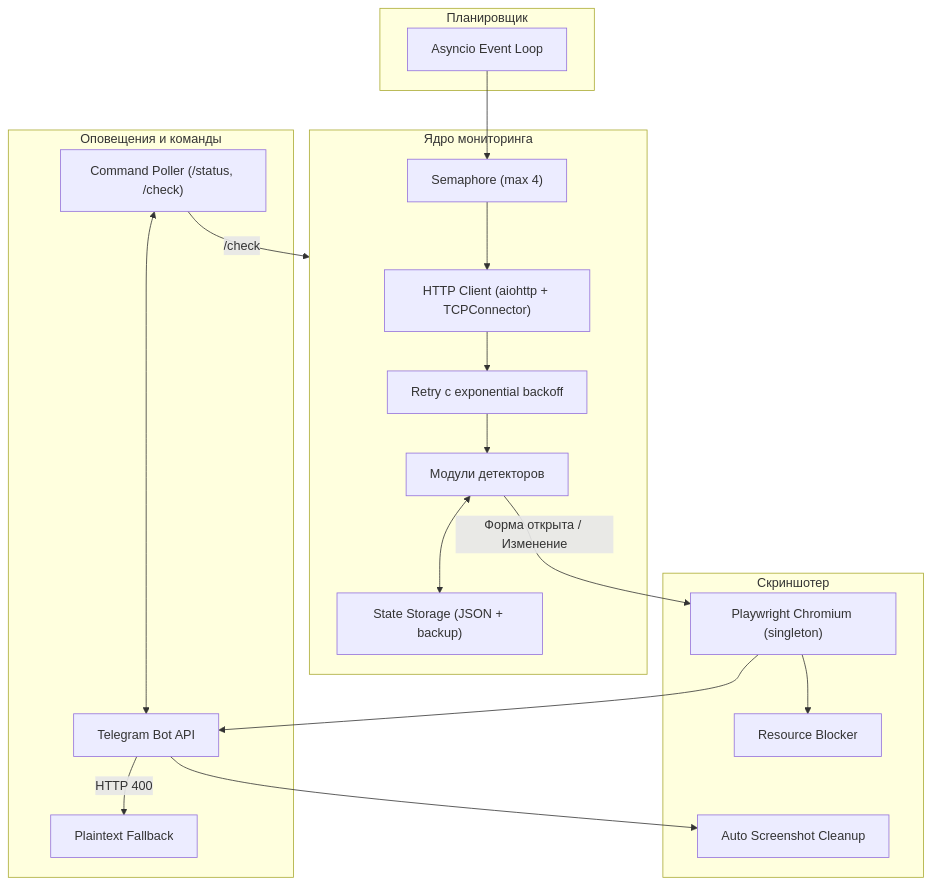
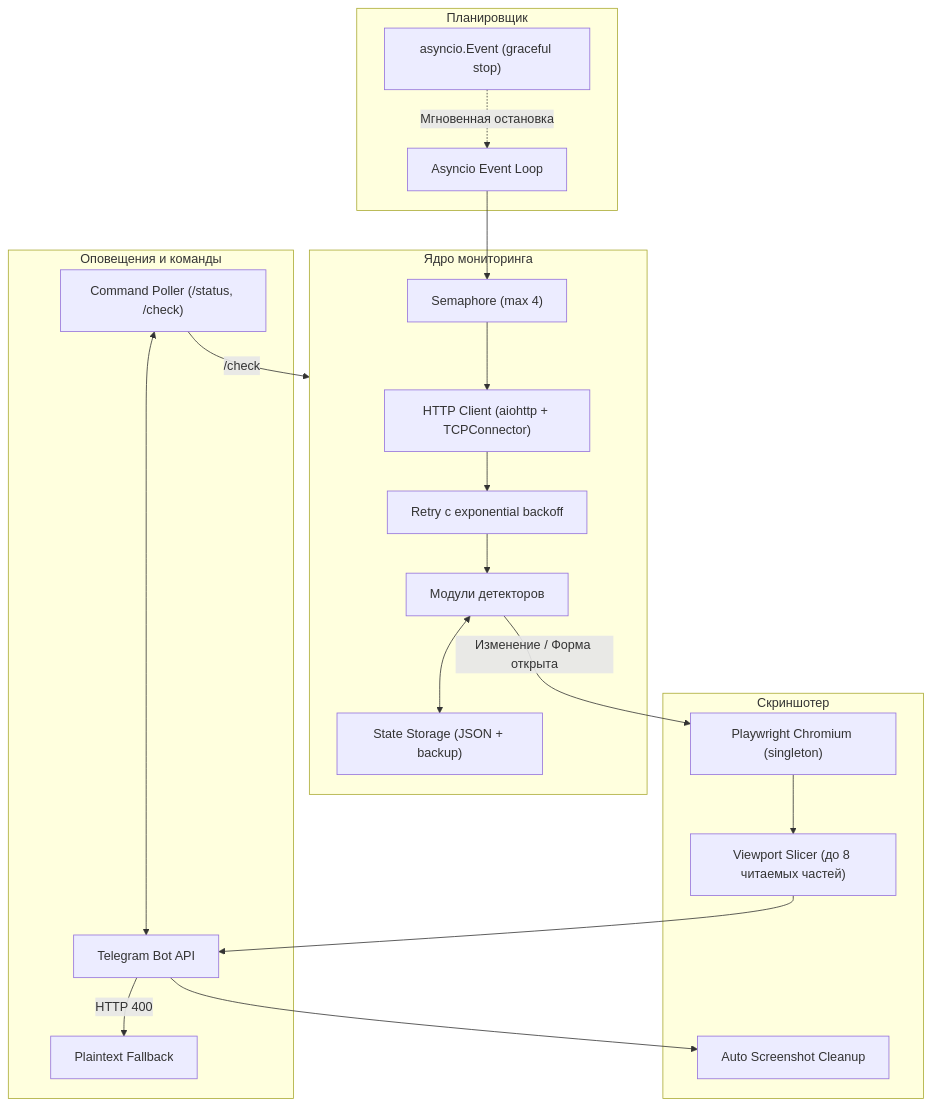
Before and after one commit to booowieee/england-bot-watcher: the diagram in docs/architecture.md, drawn with Mermaid. The commit also changed other lines of this file and 4 other files, not shown here.

````diff
--- a/docs/architecture.md
+++ b/docs/architecture.md
@@ -11,39 +11,41 @@
 ```mermaid
 graph TD
     subgraph Scheduler ["Планировщик"]
         Loop["Asyncio Event Loop"]
+        StopEvent["asyncio.Event (graceful stop)"]
     end
 
     subgraph Engine ["Ядро мониторинга"]
         HTTP["HTTP Client (aiohttp + TCPConnector)"]
         Retry["Retry с exponential backoff"]
         Semaphore["Semaphore (max 4)"]
         Detectors["Модули детекторов"]
         State["State Storage (JSON + backup)"]
     end
 
     subgraph Verification ["Скриншотер"]
         Browser["Playwright Chromium (singleton)"]
-        RouteBlock["Resource Blocker"]
+        Slicer["Viewport Slicer (до 8 читаемых частей)"]
         DiskCleaner["Auto Screenshot Cleanup"]
     end
 
     subgraph Notifications ["Оповещения и команды"]
         Telegram["Telegram Bot API"]
         Poller["Command Poller (/status, /check)"]
         Fallback["Plaintext Fallback"]
     end
 
     Loop --> Semaphore
+    StopEvent -.->|Мгновенная остановка| Loop
     Semaphore --> HTTP
     HTTP --> Retry
     Retry --> Detectors
     Detectors <--> State
-    Detectors -->|Форма открыта / Изменение| Browser
-    Browser --> RouteBlock
-    Browser --> Telegram
+    Detectors -->|Изменение / Форма открыта| Browser
+    Browser --> Slicer
+    Slicer --> Telegram
     Telegram --> DiskCleaner
     Telegram -->|HTTP 400| Fallback
     Poller <--> Telegram
     Poller -->|/check| Engine
 ```
````
